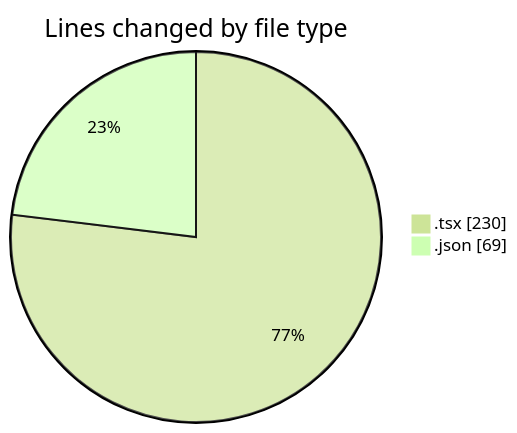
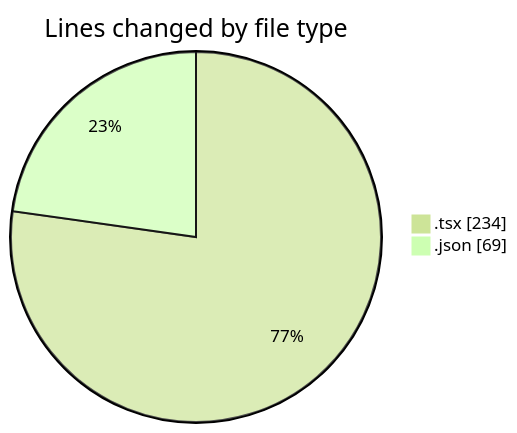
The first of 2 diagrams in 2025-03-10/cda/README.md (momahboobian/code-tracking), drawn with Mermaid (forest theme) before and after one commit. The commit also changed other lines of this file and 1 other file, not shown here.

````diff
--- a/2025-03-10/cda/README.md
+++ b/2025-03-10/cda/README.md
@@ -21,6 +21,6 @@
 ```mermaid
 pie showData
 title Lines changed by file type
-".tsx" : 230
+".tsx" : 234
 ".json" : 69
 ```
````
